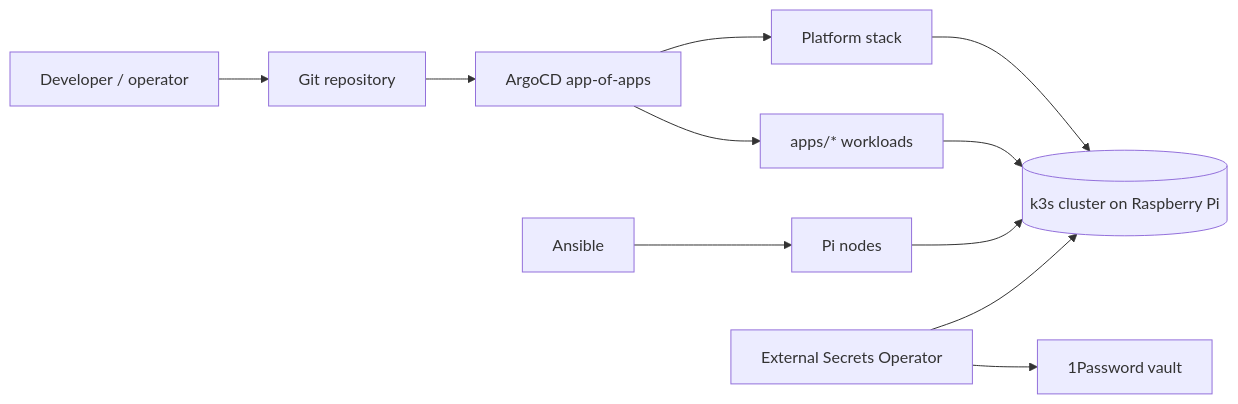
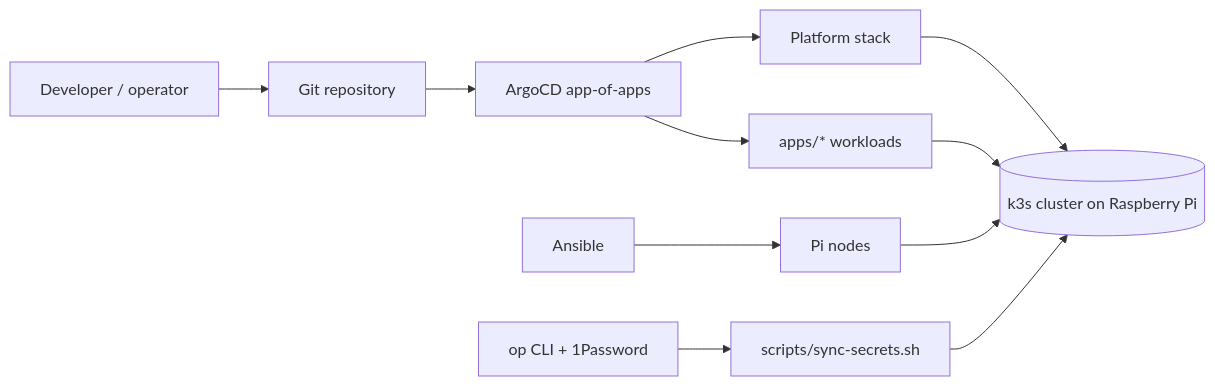
Before and after one commit to brandonmartinez/raspberry-pi-kubernetes-cluster: the diagram in README.md, drawn with Mermaid. The commit also changed other lines of this file and 76 other files, not shown here.

````diff
--- a/README.md
+++ b/README.md
@@ -24,13 +25,13 @@
 ```mermaid
 flowchart LR
   dev[Developer / operator] --> git[Git repository]
   git --> argocd[ArgoCD app-of-apps]
   argocd --> platform[Platform stack]
   argocd --> apps[apps/* workloads]
   platform --> cluster[(k3s cluster on Raspberry Pi)]
   apps --> cluster
   ansible[Ansible] --> nodes[Pi nodes]
   nodes --> cluster
-  eso[External Secrets Operator] --> op[1Password vault]
-  eso --> cluster
+  op[op CLI + 1Password] --> sync[scripts/sync-secrets.sh]
+  sync --> cluster
 ```
````
